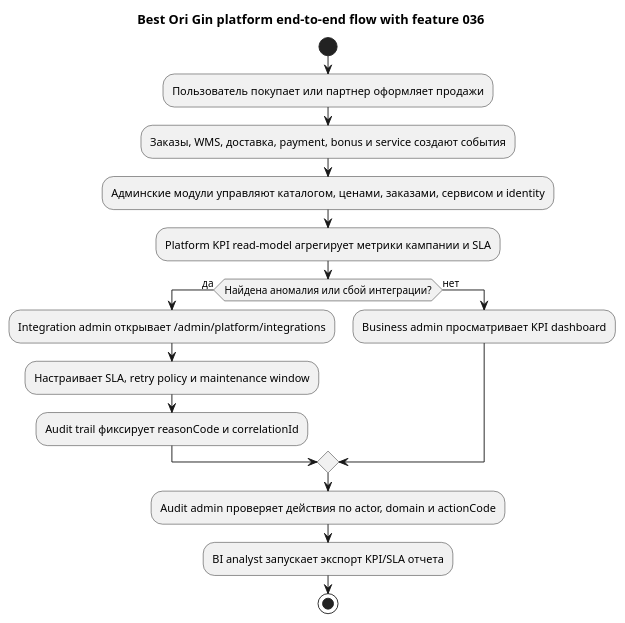
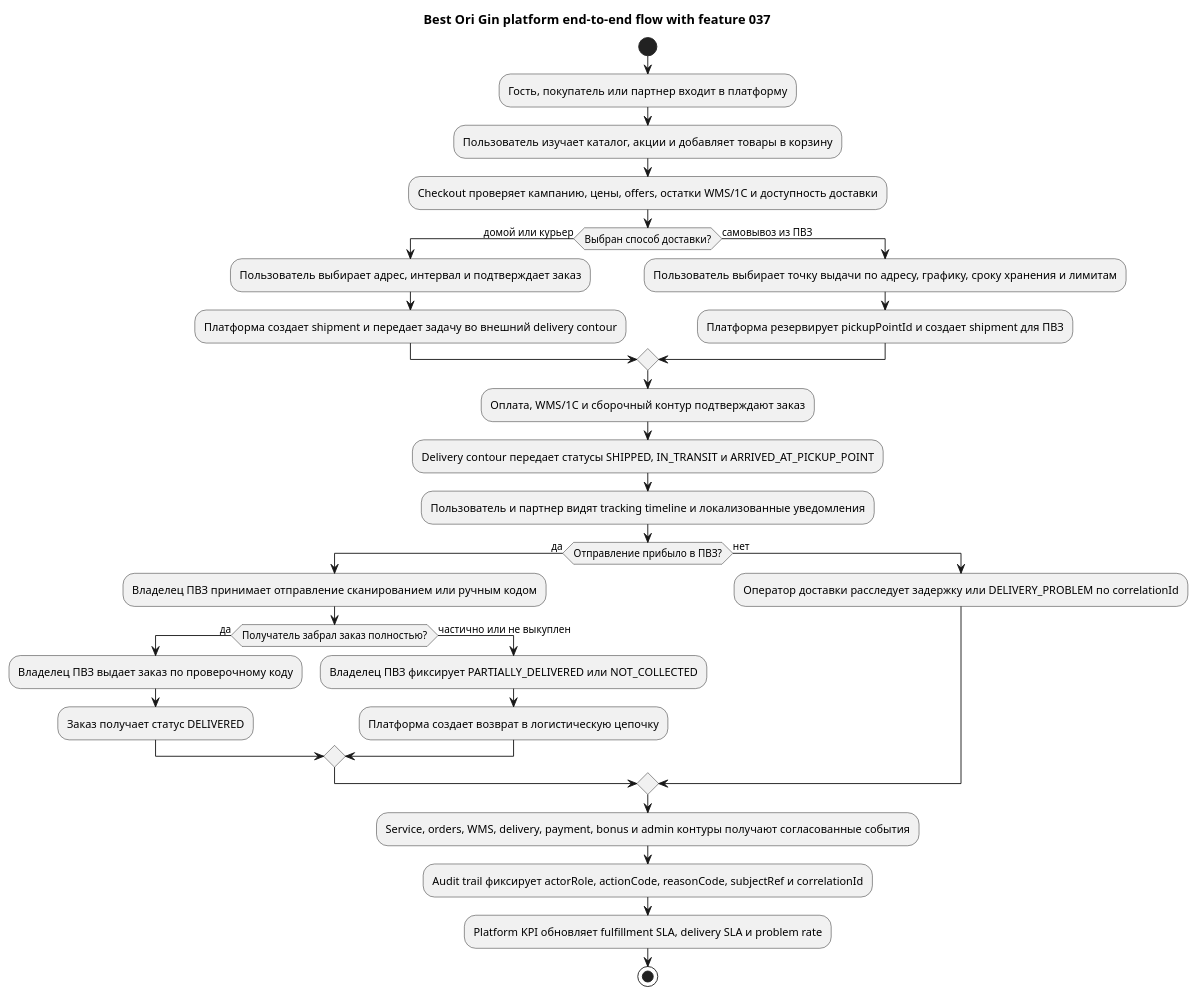
Before and after one commit to alextaralexander/ai_ori_test: the diagram in agents/analytics/ba/end_to_end/end_to_end_process_bpmn.plantuml, drawn with PlantUML. The commit also changed 47 other files, not shown here.

Commit message:
agents_app2: complete feature #37 доставка_отслеживание_и_точки_выдачи

```diff
--- a/agents/analytics/ba/end_to_end/end_to_end_process_bpmn.plantuml
+++ b/agents/analytics/ba/end_to_end/end_to_end_process_bpmn.plantuml
@@ -1,18 +1,33 @@
 @startuml
-title Best Ori Gin platform end-to-end flow with feature 036
+title Best Ori Gin platform end-to-end flow with feature 037
 start
-:Пользователь покупает или партнер оформляет продажи;
-:Заказы, WMS, доставка, payment, bonus и service создают события;
-:Админские модули управляют каталогом, ценами, заказами, сервисом и identity;
-:Platform KPI read-model агрегирует метрики кампании и SLA;
-if (Найдена аномалия или сбой интеграции?) then (да)
-  :Integration admin открывает /admin/platform/integrations;
-  :Настраивает SLA, retry policy и maintenance window;
-  :Audit trail фиксирует reasonCode и correlationId;
+:Гость, покупатель или партнер входит в платформу;
+:Пользователь изучает каталог, акции и добавляет товары в корзину;
+:Checkout проверяет кампанию, цены, offers, остатки WMS/1C и доступность доставки;
+if (Выбран способ доставки?) then (домой или курьер)
+  :Пользователь выбирает адрес, интервал и подтверждает заказ;
+  :Платформа создает shipment и передает задачу во внешний delivery contour;
+else (самовывоз из ПВЗ)
+  :Пользователь выбирает точку выдачи по адресу, графику, сроку хранения и лимитам;
+  :Платформа резервирует pickupPointId и создает shipment для ПВЗ;
+endif
+:Оплата, WMS/1C и сборочный контур подтверждают заказ;
+:Delivery contour передает статусы SHIPPED, IN_TRANSIT и ARRIVED_AT_PICKUP_POINT;
+:Пользователь и партнер видят tracking timeline и локализованные уведомления;
+if (Отправление прибыло в ПВЗ?) then (да)
+  :Владелец ПВЗ принимает отправление сканированием или ручным кодом;
+  if (Получатель забрал заказ полностью?) then (да)
+    :Владелец ПВЗ выдает заказ по проверочному коду;
+    :Заказ получает статус DELIVERED;
+  else (частично или не выкуплен)
+    :Владелец ПВЗ фиксирует PARTIALLY_DELIVERED или NOT_COLLECTED;
+    :Платформа создает возврат в логистическую цепочку;
+  endif
 else (нет)
-  :Business admin просматривает KPI dashboard;
+  :Оператор доставки расследует задержку или DELIVERY_PROBLEM по correlationId;
 endif
-:Audit admin проверяет действия по actor, domain и actionCode;
-:BI analyst запускает экспорт KPI/SLA отчета;
+:Service, orders, WMS, delivery, payment, bonus и admin контуры получают согласованные события;
+:Audit trail фиксирует actorRole, actionCode, reasonCode, subjectRef и correlationId;
+:Platform KPI обновляет fulfillment SLA, delivery SLA и problem rate;
 stop
 @enduml
```
